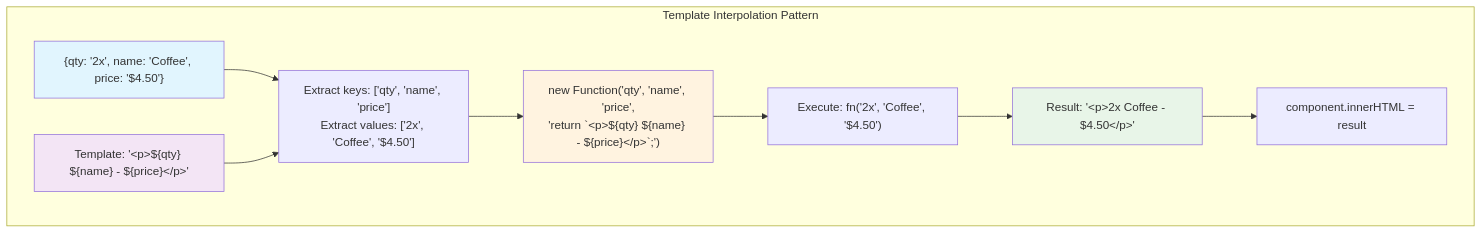
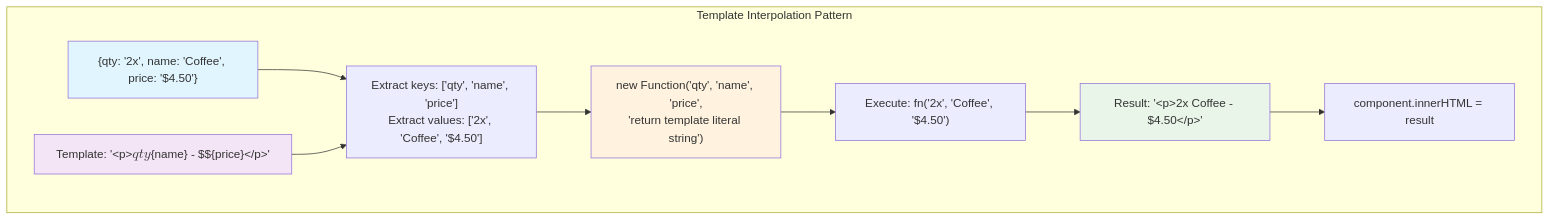
One commit to Shinkei/spa-web-patterns changed the sixth of 6 diagrams in README.md. Above: the diagram before and after it, drawn with Mermaid. The commit also changed other lines of this file, not shown here.

Commit message:
fix diagrams

````diff
--- a/README.md
+++ b/README.md
@@ -325,23 +325,23 @@
 ```mermaid
 flowchart TD
   subgraph "Template Interpolation Pattern"
     Data["{qty: '2x', name: 'Coffee', price: '$4.50'}"]
-    Template["Template: '&lt;p&gt;${qty} ${name} - ${price}&lt;/p&gt;'"]
+    Template["Template: '&lt;p&gt;$${qty} $${name} - $${price}&lt;/p&gt;'"]
     
     Data --> Extract["Extract keys: ['qty', 'name', 'price']<br/>Extract values: ['2x', 'Coffee', '$4.50']"]
     Template --> Extract
     
-    Extract --> Generate["new Function('qty', 'name', 'price',<br/>'return `&lt;p&gt;${qty} ${name} - ${price}&lt;/p&gt;`;')"]
+    Extract --> Generate["new Function('qty', 'name', 'price',<br/>'return template literal string')"]
     
     Generate --> Execute["Execute: fn('2x', 'Coffee', '$4.50')"]
     
     Execute --> Result["Result: '&lt;p&gt;2x Coffee - $4.50&lt;/p&gt;'"]
     
     Result --> Render["component.innerHTML = result"]
   end
   
   style Data fill:#e1f5fe
   style Template fill:#f3e5f5
   style Result fill:#e8f5e8
   style Generate fill:#fff3e0
 ```
````
